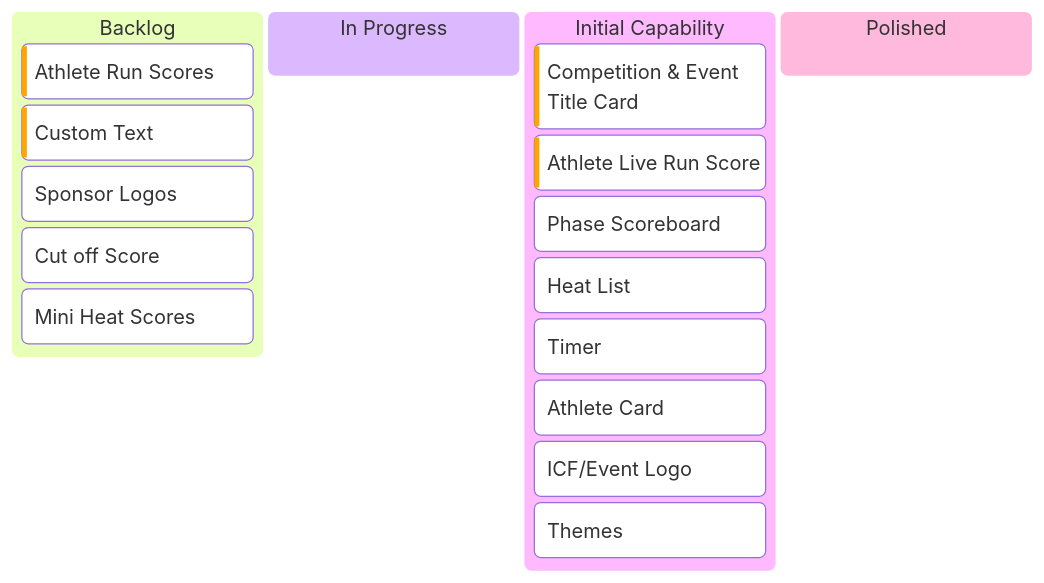
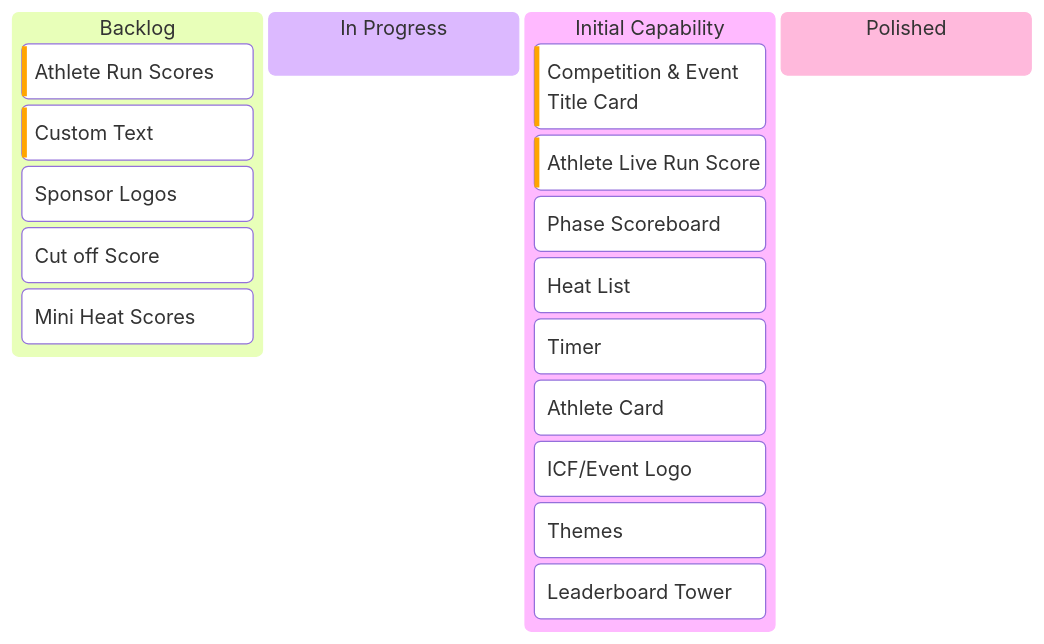
The diagram in Webapp/src/components/broadcast/Components.md (AntonyM71/AEMS), drawn with Mermaid before and after one commit. The commit also changed other lines of this file and 24 other files, not shown here.

First line of the commit message:
Add the broadcast leaderboard tower

````diff
--- a/Webapp/src/components/broadcast/Components.md
+++ b/Webapp/src/components/broadcast/Components.md
@@ -7,26 +7,27 @@
 ```mermaid
 kanban
     Backlog
 
         Athlete Run Scores @{priority: "High"}
         Custom Text @{priority: "High"}
         Sponsor Logos
         Cut off Score
 
         Mini Heat Scores
 
     In Progress
 
 
     Initial Capability
         Competition & Event Title Card @{priority: "High"}
         Athlete Live Run Score @{priority: "High"}
         Phase Scoreboard
         Heat List
         Timer
         Athlete Card
         ICF/Event Logo
         Themes
+        Leaderboard Tower
     Polished
 
 ```
````
